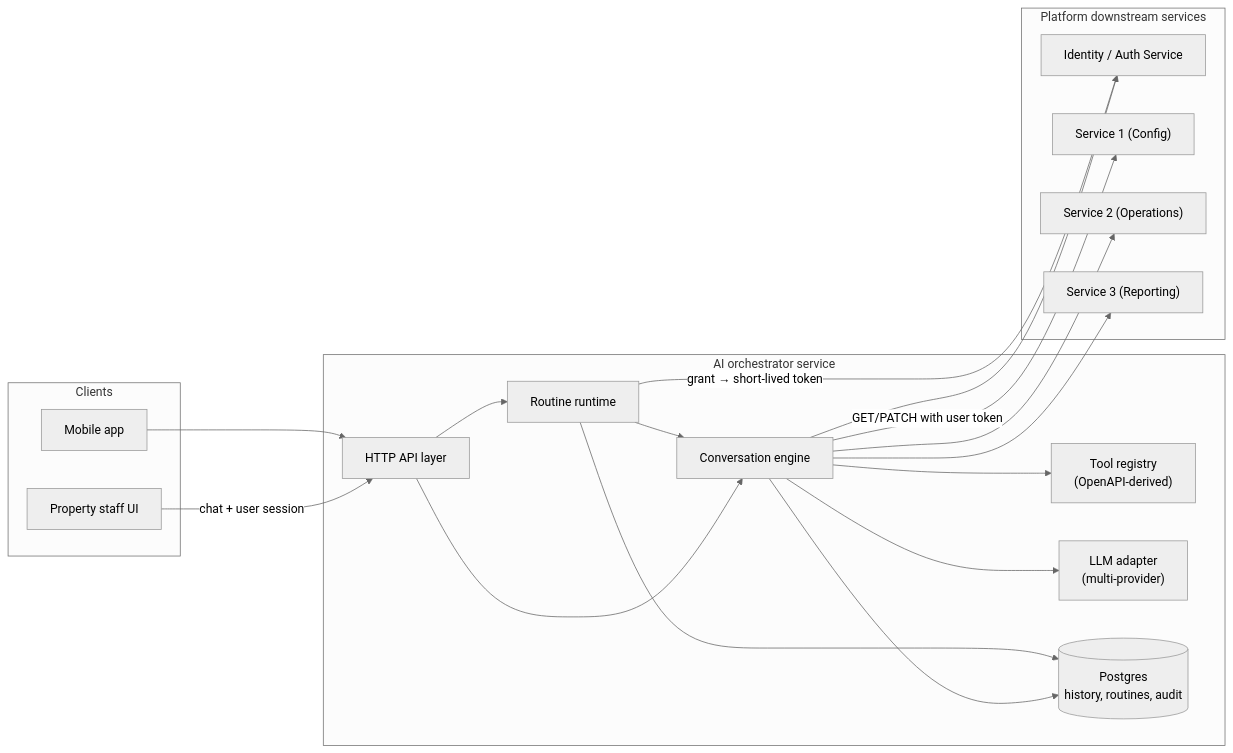
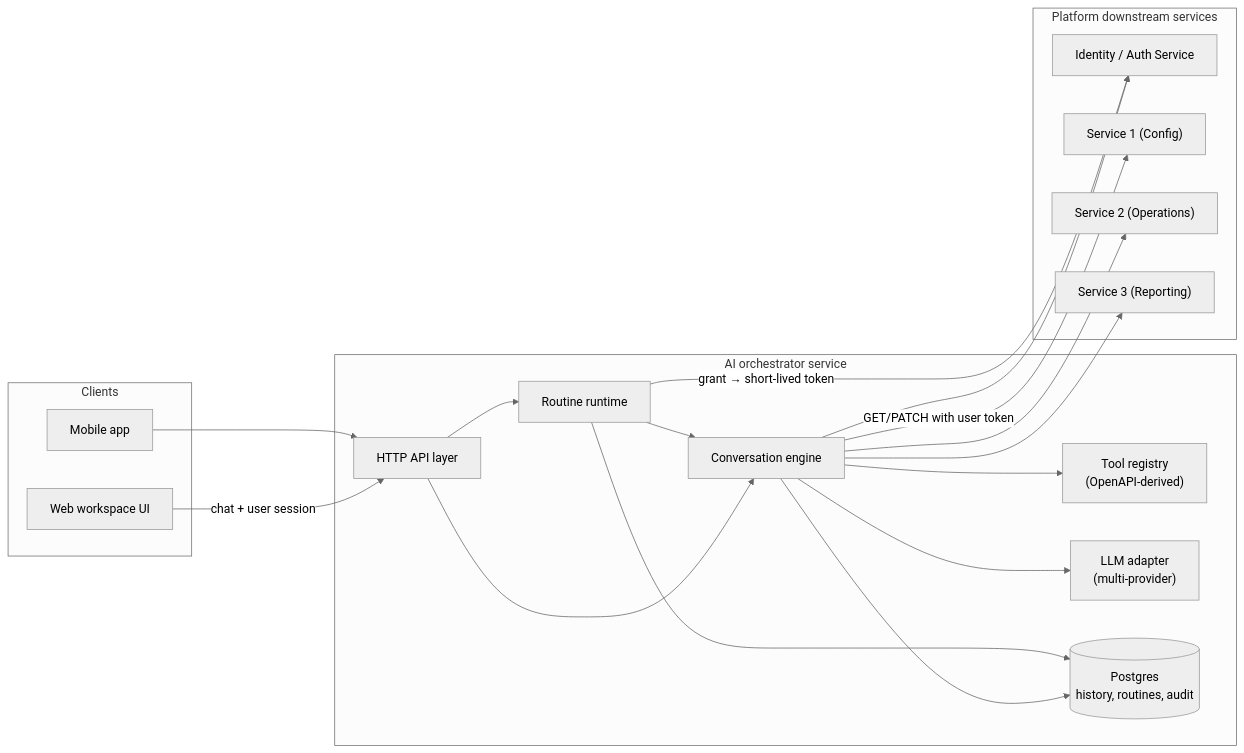
The first of 6 diagrams in content/blog/hotel-pms-ai-orchestrator.mdx (sahsisunny/Personal-Portfolio), drawn with Mermaid (neutral theme) before and after one commit. The commit also changed other lines of this file and 7 other files, not shown here.

````diff
--- a/content/blog/hotel-pms-ai-orchestrator.mdx
+++ b/content/blog/hotel-pms-ai-orchestrator.mdx
@@ -40,38 +43,38 @@
 ```mermaid
 flowchart LR
   subgraph Clients
-    Web["Property staff UI"]
+    Web["Web workspace UI"]
     Mobile["Mobile app"]
   end
 
   subgraph Orchestrator["AI orchestrator service"]
     HTTP["HTTP API layer"]
     ENG["Conversation engine"]
     RT["Routine runtime"]
     REG["Tool registry\n(OpenAPI-derived)"]
     LLM["LLM adapter\n(multi-provider)"]
     PG[("Postgres\nhistory, routines, audit")]
   end
 
   subgraph Platform["Platform downstream services"]
     AUTH["Identity / Auth Service"]
     S1["Service 1 (Config)"]
     S2["Service 2 (Operations)"]
     S3["Service 3 (Reporting)"]
   end
 
   Web -->|"chat + user session"| HTTP
   Mobile --> HTTP
   HTTP --> ENG
   HTTP --> RT
   ENG --> LLM
   ENG --> REG
   RT --> ENG
   ENG -->|"GET/PATCH with user token"| S1
   ENG --> AUTH
   ENG --> S2
   ENG --> S3
   RT -->|"grant → short-lived token"| AUTH
   ENG --> PG
   RT --> PG
 ```
````
